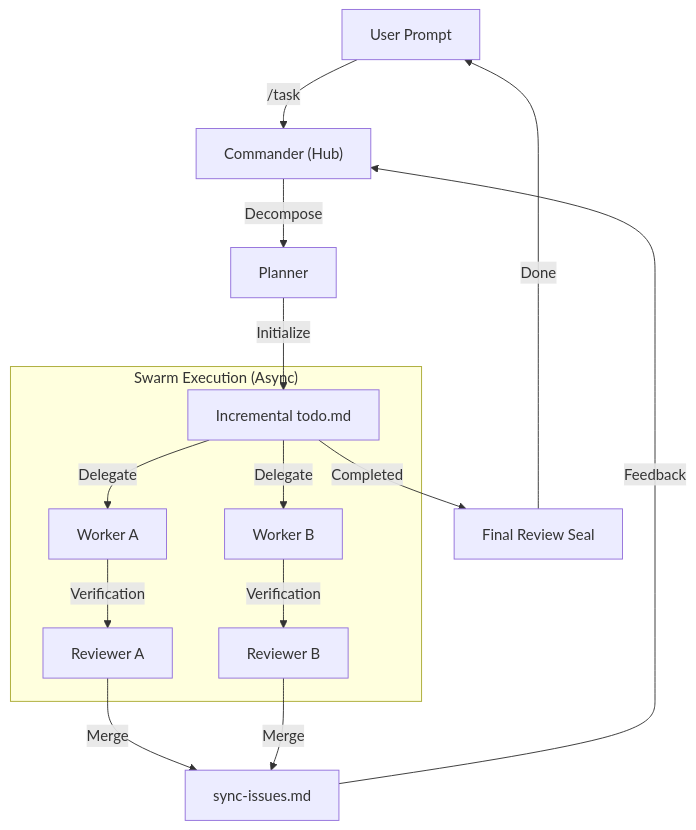
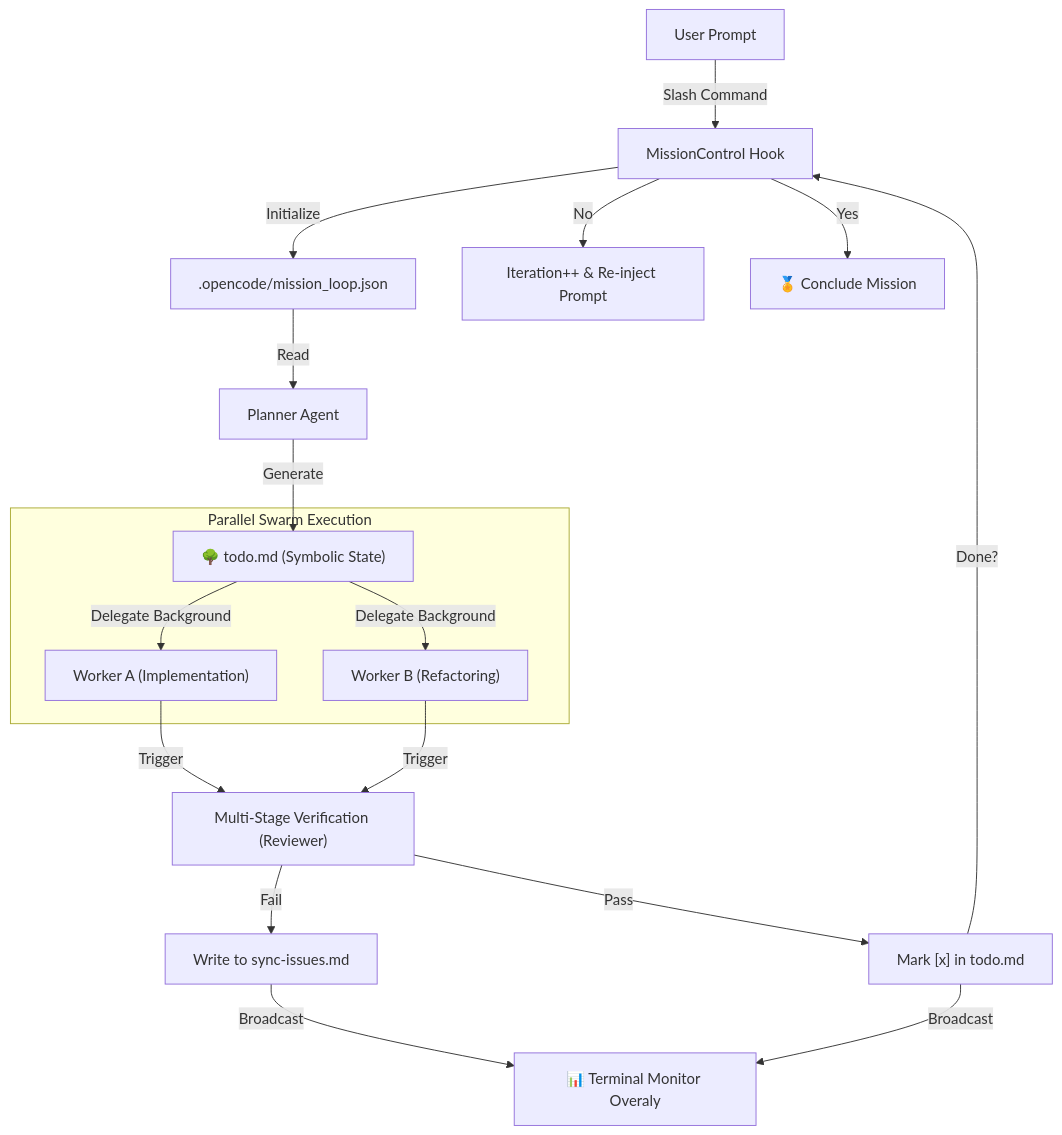
The diagram in docs/SYSTEM_ARCHITECTURE.md (agnusdei1207/opencode-orchestrator), drawn with Mermaid before and after one commit. The commit also changed other lines of this file and 4 other files, not shown here.

Commit message:
docs: finalize sovereign cognitive architecture and remove transient reports

````diff
--- a/docs/SYSTEM_ARCHITECTURE.md
+++ b/docs/SYSTEM_ARCHITECTURE.md
@@ -76,18 +82,29 @@
 ```mermaid
 graph TD
-    User["User Prompt"] -->|/task| Commander["Commander (Hub)"]
-    Commander -->|Decompose| Planner["Planner"]
-    Planner -->|Initialize| Todo["Incremental todo.md"]
+    %% Entry Phase
+    User["User Prompt"] -->|Slash Command| MissionControl["MissionControl Hook"]
+    MissionControl -->|Initialize| Disk[".opencode/mission_loop.json"]
     
-    subgraph "Swarm Execution (Async)"
-        Todo -->|Delegate| Worker1["Worker A"]
-        Todo -->|Delegate| Worker2["Worker B"]
-        Worker1 -->|Verification| Reviewer1["Reviewer A"]
-        Worker2 -->|Verification| Reviewer2["Reviewer B"]
+    %% Planning Phase
+    Disk -->|Read| Planner["Planner Agent"]
+    Planner -->|Generate| Todo["🌳 todo.md (Symbolic State)"]
+    
+    %% Execution Cycle
+    subgraph "Parallel Swarm Execution"
+        Todo -->|Delegate Background| Worker1["Worker A (Implementation)"]
+        Todo -->|Delegate Background| Worker2["Worker B (Refactoring)"]
     end
     
-    Reviewer1 & Reviewer2 -->|Merge| Sync["sync-issues.md"]
-    Sync -->|Feedback| Commander
-    Todo -->|Completed| Seal["Final Review Seal"]
-    Seal -->|Done| User
+    %% Verification Loop
+    Worker1 & Worker2 -->|Trigger| MSVP["Multi-Stage Verification (Reviewer)"]
+    MSVP -->|Pass| Success["Mark [x] in todo.md"]
+    MSVP -->|Fail| Log["Write to sync-issues.md"]
+    
+    %% Monitoring & UI
+    Log & Success -->|Broadcast| TUI["📊 Terminal Monitor Overaly"]
+    
+    %% Continuation
+    Success -->|Done?| MissionControl
+    MissionControl -->|No| NextLoop["Iteration++ & Re-inject Prompt"]
+    MissionControl -->|Yes| Conclude["🏅 Conclude Mission"]
 ```
````
